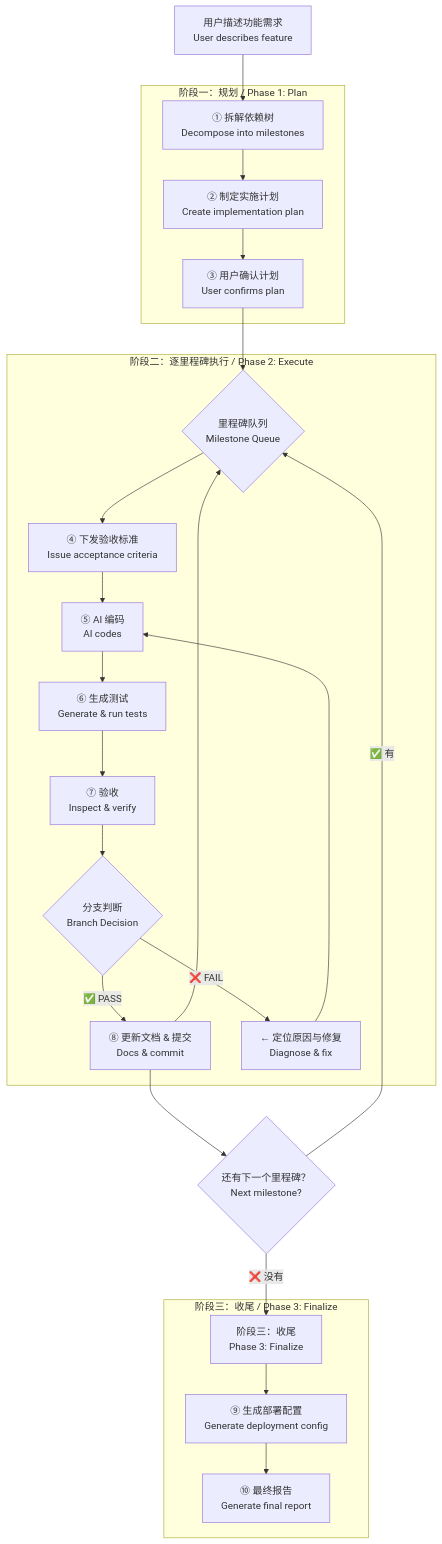
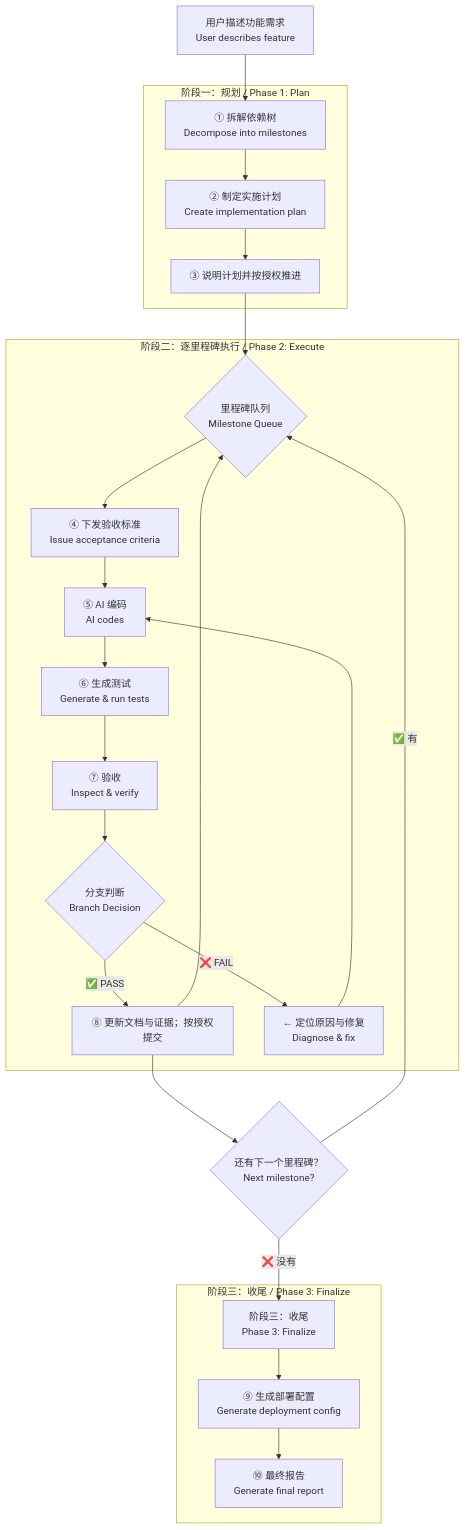
Before and after one commit to iannil/skills: the diagram in skills/engineer-workflow/SKILL.md, drawn with Mermaid. The commit also changed other lines of this file and 20 other files, not shown here.

````diff
--- a/skills/engineer-workflow/SKILL.md
+++ b/skills/engineer-workflow/SKILL.md
@@ -101,32 +101,32 @@
 ```mermaid
 graph TD
     START["用户描述功能需求<br/>User describes feature"] --> A
     
     subgraph "阶段一：规划 / Phase 1: Plan"
         A["① 拆解依赖树<br/>Decompose into milestones"] --> B["② 制定实施计划<br/>Create implementation plan"]
-        B --> C["③ 用户确认计划<br/>User confirms plan"]
+        B --> C["③ 说明计划并按授权推进"]
     end
     
     C --> D{"里程碑队列<br/>Milestone Queue"}
     
     subgraph "阶段二：逐里程碑执行 / Phase 2: Execute"
         D --> E["④ 下发验收标准<br/>Issue acceptance criteria"]
         E --> F["⑤ AI 编码<br/>AI codes"]
         F --> G["⑥ 生成测试<br/>Generate & run tests"]
         G --> H["⑦ 验收<br/>Inspect & verify"]
         H --> I{"分支判断<br/>Branch Decision"}
-        I -->|"✅ PASS"| J["⑧ 更新文档 & 提交<br/>Docs & commit"]
+        I -->|"✅ PASS"| J["⑧ 更新文档与证据；按授权提交"]
         I -->|"❌ FAIL"| K["← 定位原因与修复<br/>Diagnose & fix"]
         K --> F
         J --> D
     end
     
     J --> L{"还有下一个里程碑？<br/>Next milestone?"}
     L -->|"✅ 有"| D
     L -->|"❌ 没有"| M["阶段三：收尾<br/>Phase 3: Finalize"]
     
     subgraph "阶段三：收尾 / Phase 3: Finalize"
         M --> N["⑨ 生成部署配置<br/>Generate deployment config"]
         N --> O["⑩ 最终报告<br/>Generate final report"]
     end
 ```
````
